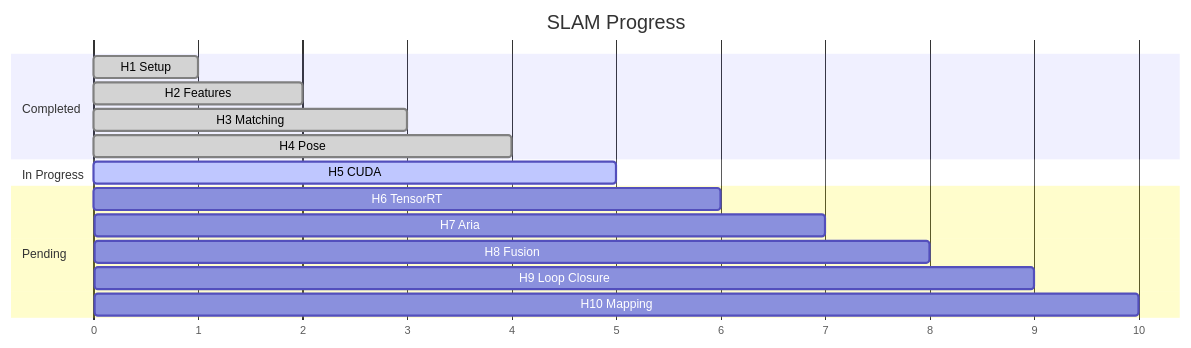
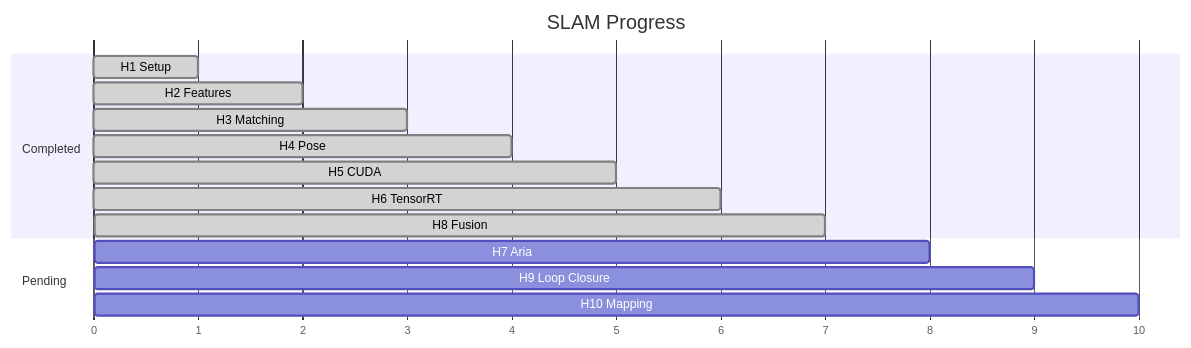
One commit to robertteleng/aria-slam changed the tenth of 10 diagrams in README.md. Above: the diagram before and after it, drawn with Mermaid. The commit also changed other lines of this file and 5 other files, not shown here.

````diff
--- a/README.md
+++ b/README.md
@@ -398,22 +398,20 @@
 ```mermaid
 gantt
     title SLAM Progress
     dateFormat X
     axisFormat %s
 
     section Completed
     H1 Setup           :done, h1, 0, 1
     H2 Features        :done, h2, 1, 2
     H3 Matching        :done, h3, 2, 3
     H4 Pose            :done, h4, 3, 4
-
-    section In Progress
-    H5 CUDA            :active, h5, 4, 5
+    H5 CUDA            :done, h5, 4, 5
+    H6 TensorRT        :done, h6, 5, 6
+    H8 Fusion          :done, h8, 6, 7
 
     section Pending
-    H6 TensorRT        :h6, 5, 6
-    H7 Aria            :h7, 6, 7
-    H8 Fusion          :h8, 7, 8
+    H7 Aria            :h7, 7, 8
     H9 Loop Closure    :h9, 8, 9
     H10 Mapping        :h10, 9, 10
 ```
````
